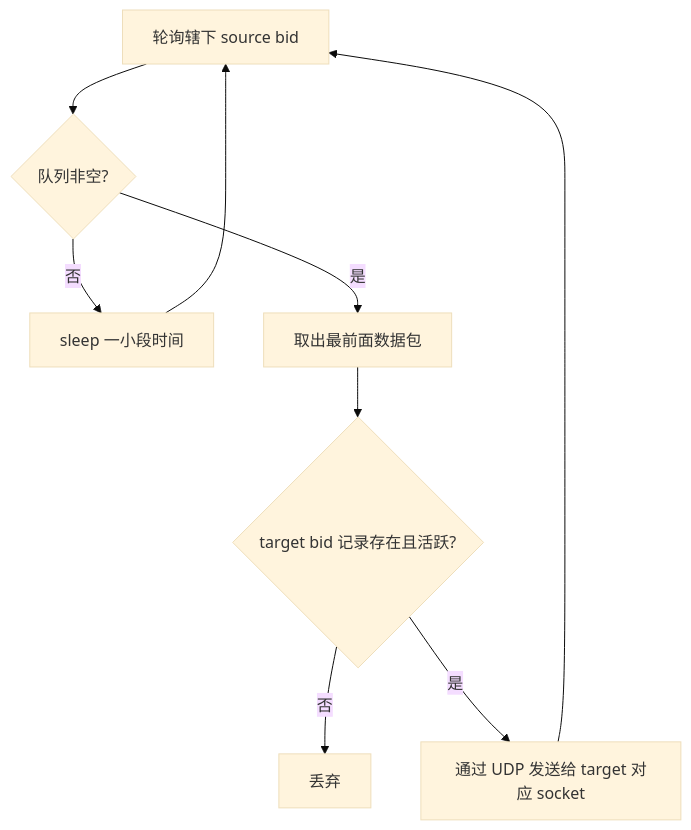
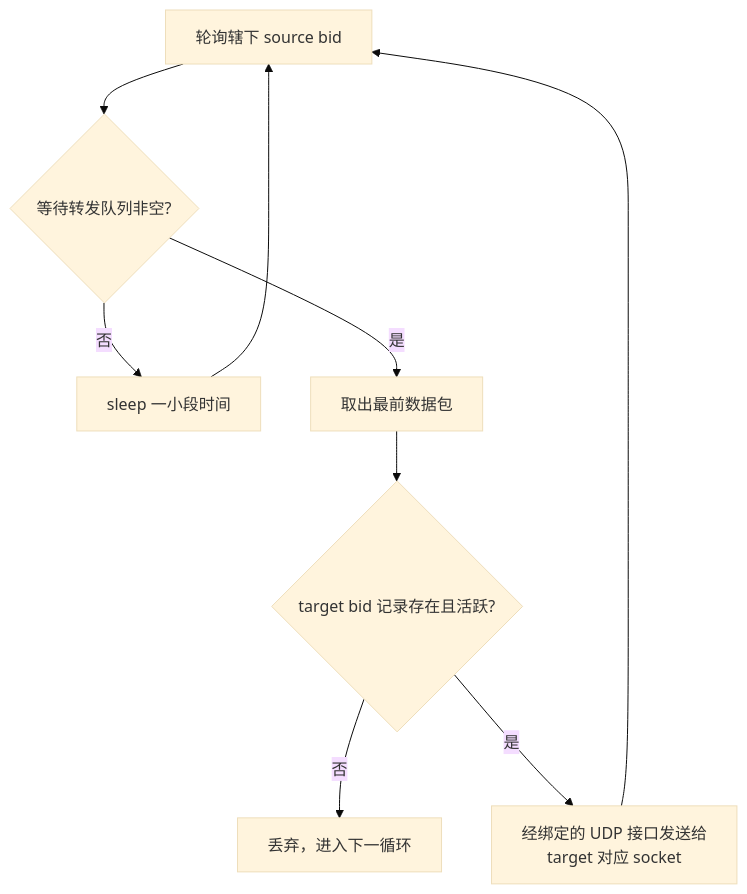
One commit to moky/magpie changed the sixth of 7 diagrams in docs/design-architecture.md. Above: the diagram before and after it, drawn with Mermaid (base theme). The commit also changed other lines of this file and 7 other files, not shown here.

````diff
--- a/docs/design-architecture.md
+++ b/docs/design-architecture.md
@@ -105,11 +139,11 @@
 ```mermaid
 flowchart TD
-    A["轮询辖下 source bid"] --> B{"队列非空?"}
-    B -- 否 --> C["sleep 一小段时间"]
-    C --> A
-    B -- 是 --> D["取出最前面数据包"]
-    D --> E{"target bid 记录存在且活跃?"}
-    E -- 否 --> X["丢弃"]
-    E -- 是 --> F["通过 UDP 发送给 target 对应 socket"]
-    F --> A
+    LOOP[轮询辖下 source bid] --> Q{"等待转发队列非空?"}
+    Q -- "否" --> SLEEP[sleep 一小段时间]
+    SLEEP --> LOOP
+    Q -- "是" --> TAKE[取出最前数据包]
+    TAKE --> TGT{"target bid 记录存在且活跃?"}
+    TGT -- "否" --> DROP[丢弃，进入下一循环]
+    TGT -- "是" --> SEND[经绑定的 UDP 接口发送给<br/>target 对应 socket]
+    SEND --> LOOP
 ```
````
